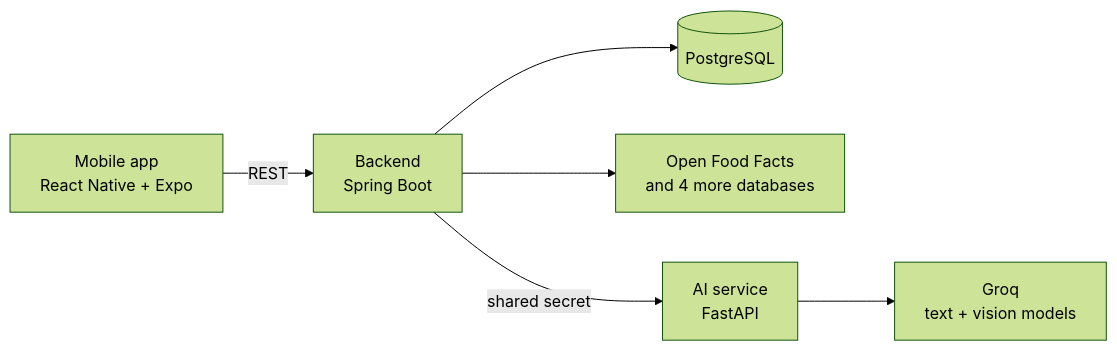
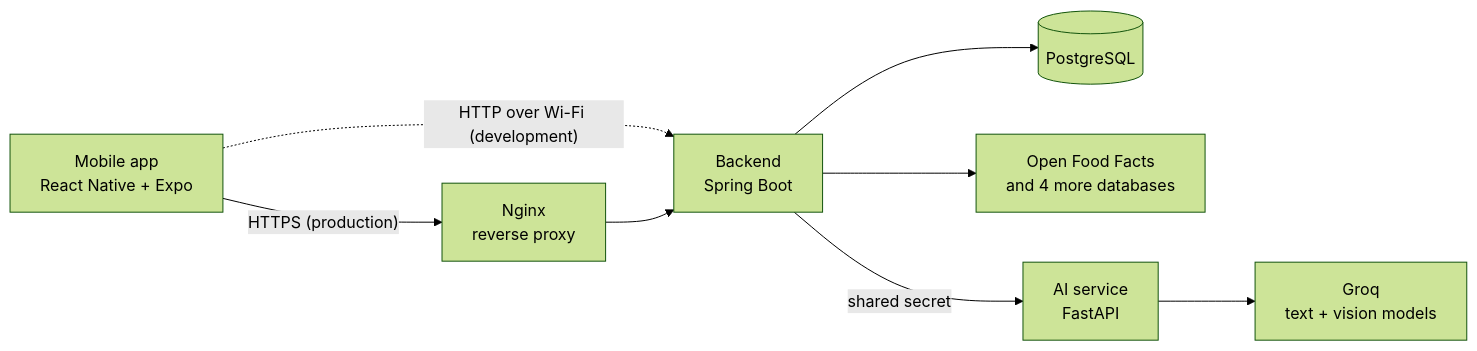
The diagram in README.md (edisban/HealthScan), drawn with Mermaid (forest theme) before and after one commit. The commit also changed other lines of this file and 9 other files, not shown here.

First line of the commit message:
Use Nginx and Certbot for the HTTPS reverse proxy

````diff
--- a/README.md
+++ b/README.md
@@ -27,8 +27,10 @@
 ```mermaid
 flowchart LR
-    App["Mobile app<br/>React Native + Expo"] -->|REST| API["Backend<br/>Spring Boot"]
+    App["Mobile app<br/>React Native + Expo"] -->|"HTTPS (production)"| Nginx["Nginx<br/>reverse proxy"]
+    App -.->|"HTTP over Wi-Fi (development)"| API
+    Nginx --> API["Backend<br/>Spring Boot"]
     API --> DB[("PostgreSQL")]
     API --> OFF["Open Food Facts<br/>and 4 more databases"]
     API -->|shared secret| AI["AI service<br/>FastAPI"]
     AI --> Groq["Groq<br/>text + vision models"]
 ```
````
